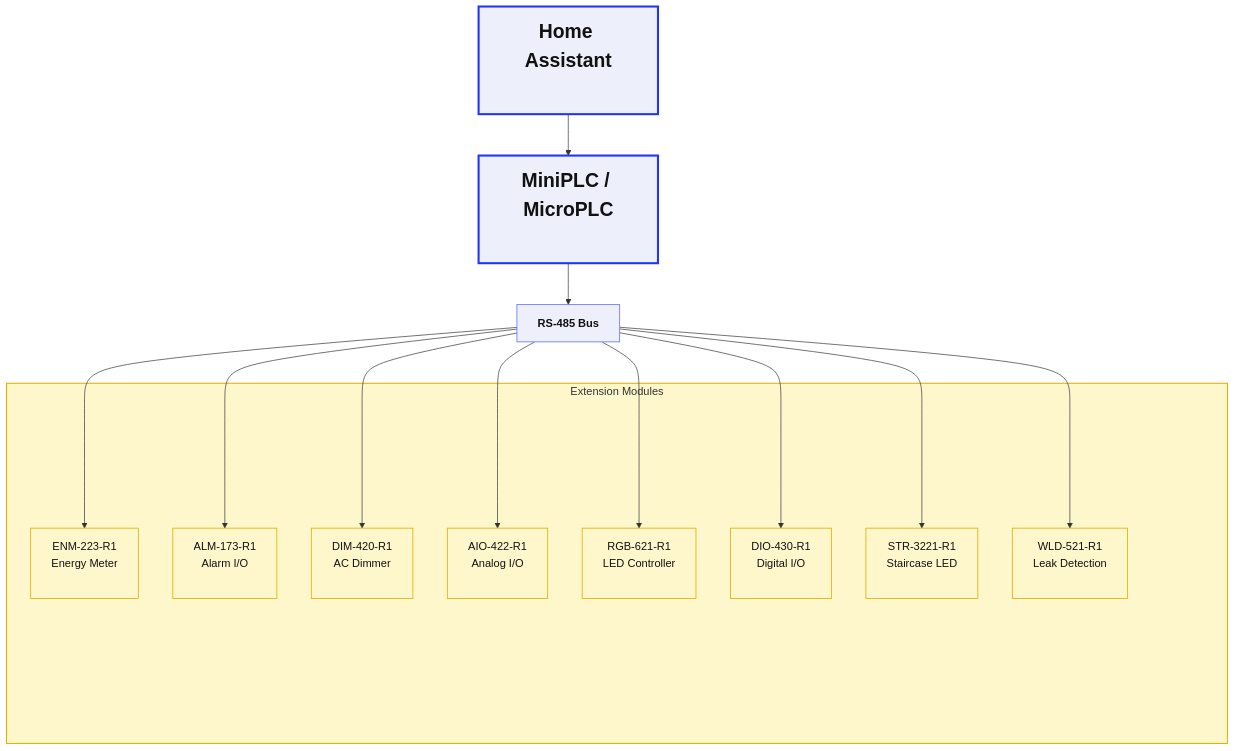
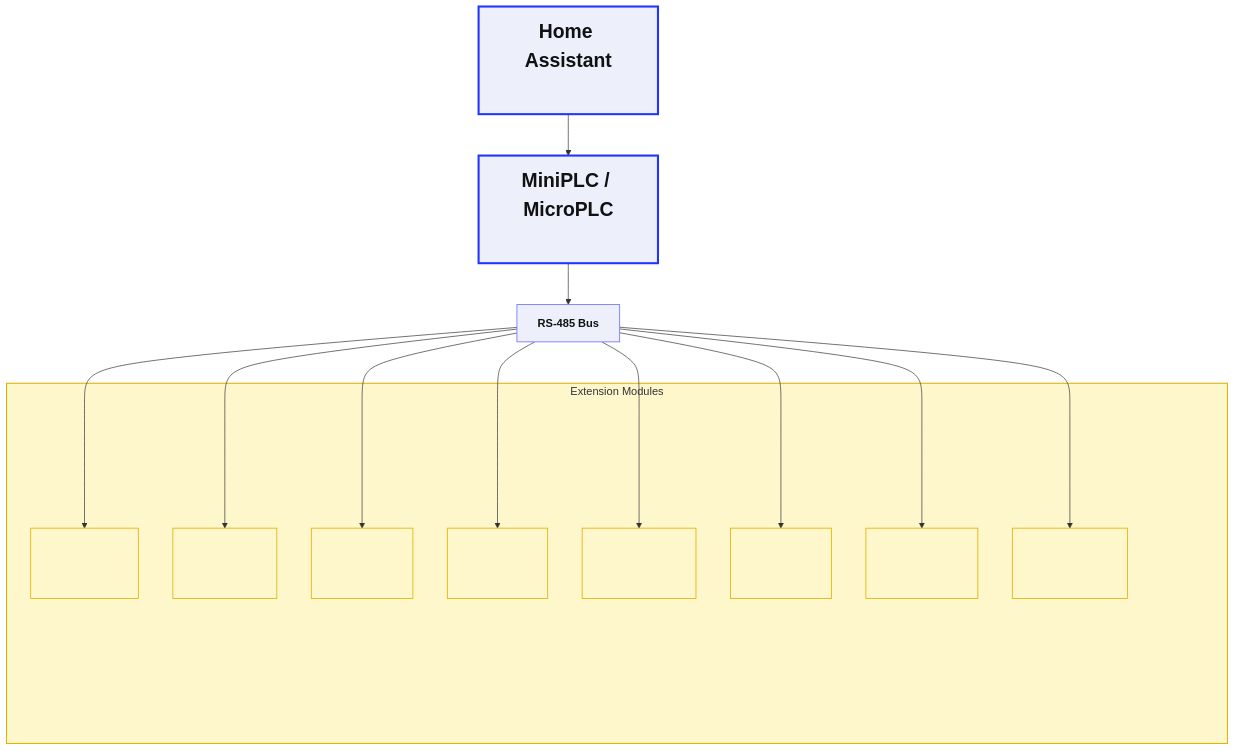
The diagram in README.md (isystemsautomation/HOMEMASTER), drawn with Mermaid before and after one commit.

````diff
--- a/README.md
+++ b/README.md
@@ -27,37 +27,37 @@
 ```mermaid
 %%{init: {"flowchart":{"htmlLabels":true,"nodeSpacing":50,"rankSpacing":60}}}%%
 flowchart TD
   %% Classes
   classDef hub fill:#EDEFFB,stroke:#6B72FF,stroke-width:1.2px,color:#111,font-weight:bold;
   classDef big fill:#EDEFFB,stroke:#1F35FF,stroke-width:3px,color:#111,font-weight:bold,font-size:28px;
-  classDef mod fill:transparent,stroke:#E0B100,stroke-width:1.2px,color:#111;
+  classDef mod fill:transparent,stroke:#E0B100,stroke-width:1.2px,color:transparent;
   classDef ghost fill:transparent,stroke:transparent,color:transparent;
 
   %% Double-sized HA and PLC (bigger font + extra line breaks)
   HA["Home Assistant<br/><br/>"]:::big --> PLC["MiniPLC / MicroPLC<br/><br/>"]:::big
   PLC --> RS485[RS-485 Bus]:::hub
 
   %% Subgraph with taller nodes; extra <br/> increases node height
   subgraph Mods["Extension Modules"]
     ENM["ENM-223-R1<br/>Energy Meter<br/><br/>"]:::mod
     ALM["ALM-173-R1<br/>Alarm I/O<br/><br/>"]:::mod
     DIM["DIM-420-R1<br/>AC Dimmer<br/><br/>"]:::mod
     AIO["AIO-422-R1<br/>Analog I/O<br/><br/>"]:::mod
     RGB["RGB-621-R1<br/>LED Controller<br/><br/>"]:::mod
     DIO["DIO-430-R1<br/>Digital I/O<br/><br/>"]:::mod
     STR["STR-3221-R1<br/>Staircase LED<br/><br/>"]:::mod
     WLD["WLD-521-R1<br/>Leak Detection<br/><br/>"]:::mod
     SP1["<br/><br/><br/><br/><br/><br/><br/><br/><br/><br/><br/><br/><br/><br/><br/><br/><br/><br/>"]:::ghost
   end
   style Mods fill:#FFF7CC,stroke:#E0B100,stroke-width:1.5px
 
   %% Edges
   RS485 --> ENM
   RS485 --> ALM
   RS485 --> DIM
   RS485 --> AIO
   RS485 --> RGB
   RS485 --> DIO
   RS485 --> STR
   RS485 --> WLD
 ```
````
